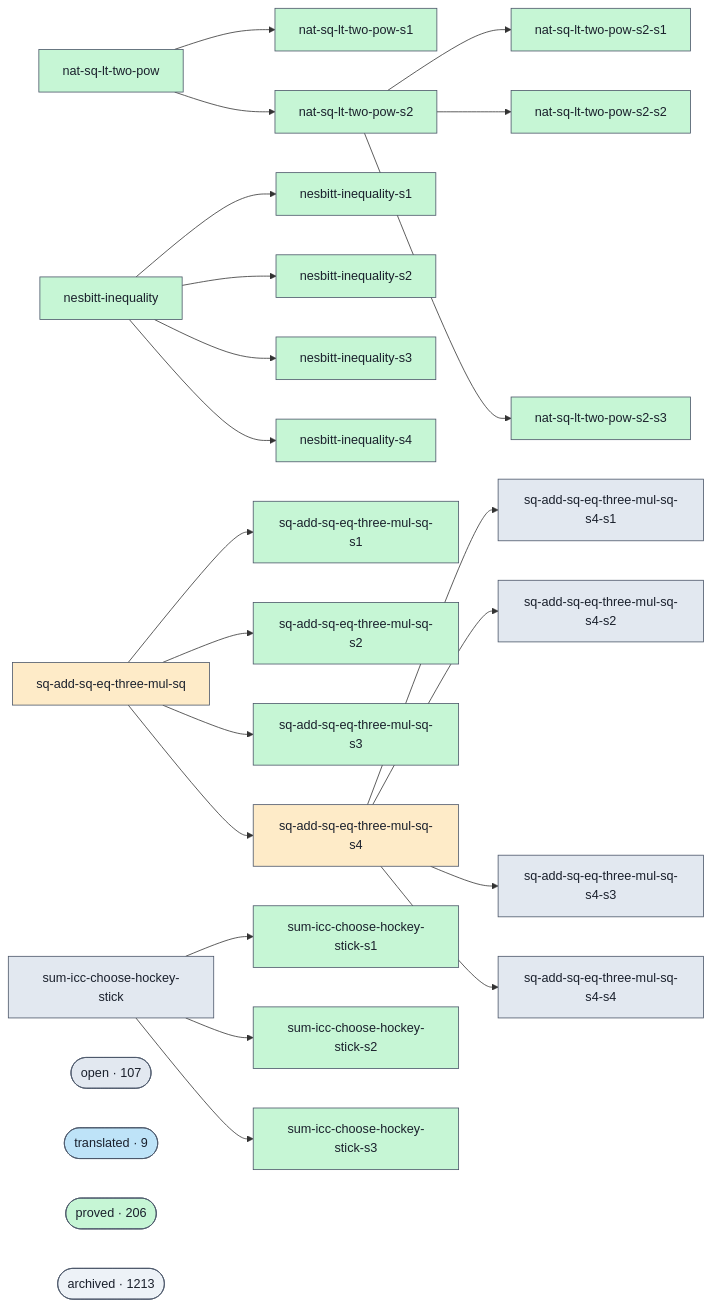
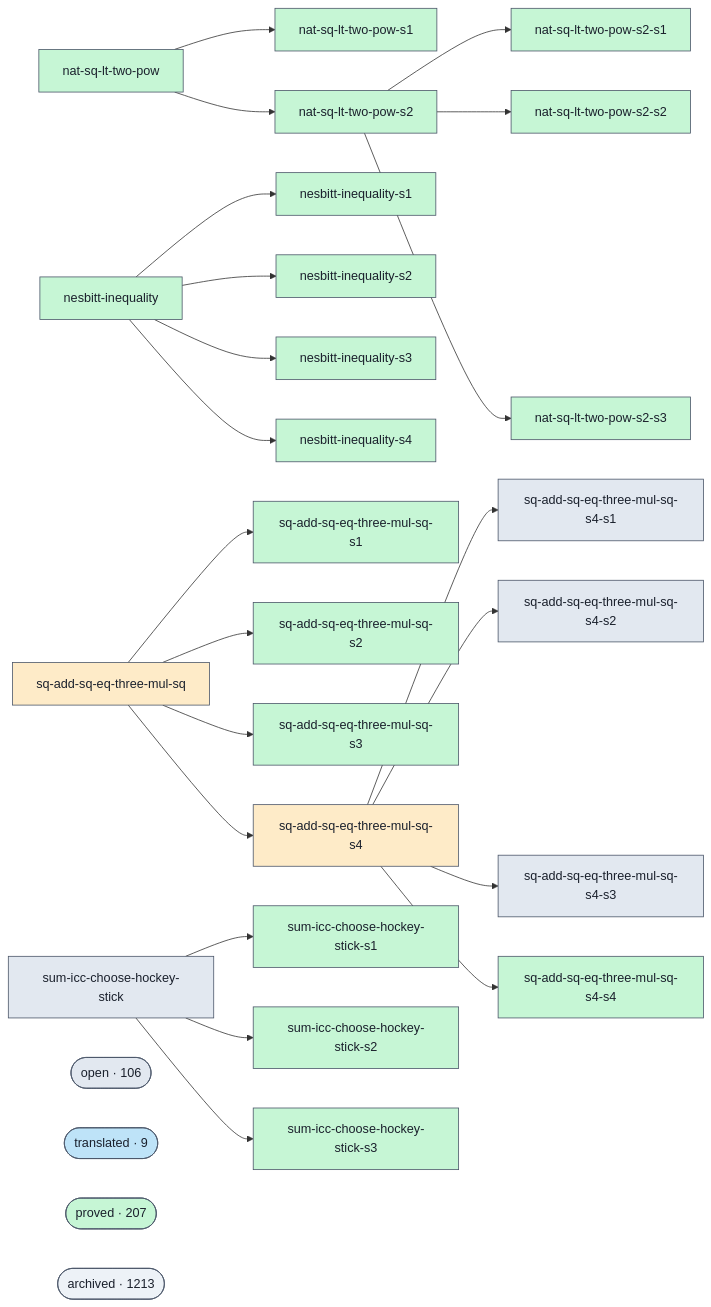
Before and after one commit to ohdearquant/unsorry: the diagram in docs/proofs-contributors-visualisation.md, drawn with Mermaid. The commit also changed other lines of this file and 2 other files, not shown here.

Commit message:
docs: refresh proofs-contributors-visualisation [skip ci]

```diff
--- a/docs/proofs-contributors-visualisation.md
+++ b/docs/proofs-contributors-visualisation.md
@@ -80,8 +80,8 @@
   class g_sq_add_sq_eq_three_mul_sq_s4_s3 open;
   click g_sq_add_sq_eq_three_mul_sq_s4_s3 "https://github.com/agenticsnz/unsorry/blob/main/goals/sq-add-sq-eq-three-mul-sq-s4-s3.lean" "sq-add-sq-eq-three-mul-sq-s4-s3 — open"
   g_sq_add_sq_eq_three_mul_sq_s4_s4["sq-add-sq-eq-three-mul-sq-s4-s4"]
-  class g_sq_add_sq_eq_three_mul_sq_s4_s4 open;
-  click g_sq_add_sq_eq_three_mul_sq_s4_s4 "https://github.com/agenticsnz/unsorry/blob/main/goals/sq-add-sq-eq-three-mul-sq-s4-s4.lean" "sq-add-sq-eq-three-mul-sq-s4-s4 — open"
+  class g_sq_add_sq_eq_three_mul_sq_s4_s4 proved;
+  click g_sq_add_sq_eq_three_mul_sq_s4_s4 "https://github.com/agenticsnz/unsorry/blob/main/goals/sq-add-sq-eq-three-mul-sq-s4-s4.lean" "sq-add-sq-eq-three-mul-sq-s4-s4 — proved"
   g_sum_icc_choose_hockey_stick["sum-icc-choose-hockey-stick"]
   class g_sum_icc_choose_hockey_stick open;
   click g_sum_icc_choose_hockey_stick "https://github.com/agenticsnz/unsorry/blob/main/goals/sum-icc-choose-hockey-stick.lean" "sum-icc-choose-hockey-stick — open"
@@ -114,11 +114,11 @@
   g_sum_icc_choose_hockey_stick --> g_sum_icc_choose_hockey_stick_s1
   g_sum_icc_choose_hockey_stick --> g_sum_icc_choose_hockey_stick_s2
   g_sum_icc_choose_hockey_stick --> g_sum_icc_choose_hockey_stick_s3
-  cluster_open(["open · 107"])
+  cluster_open(["open · 106"])
   class cluster_open open;
   cluster_translated(["translated · 9"])
   class cluster_translated translated;
-  cluster_proved(["proved · 206"])
+  cluster_proved(["proved · 207"])
   class cluster_proved proved;
   cluster_archived(["archived · 1213"])
   class cluster_archived unknown;
```
